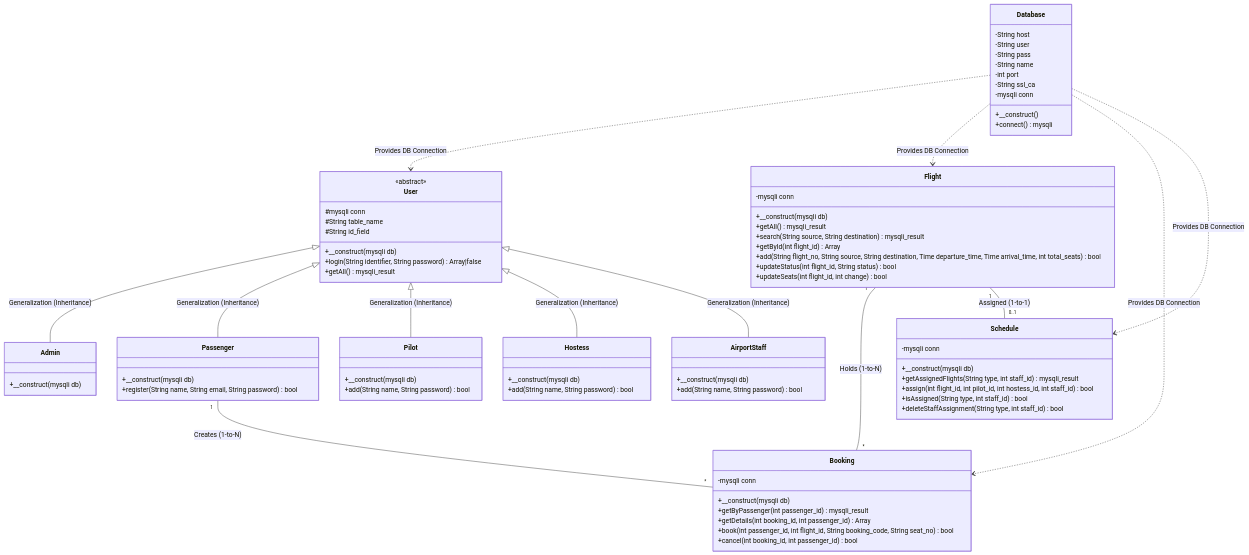
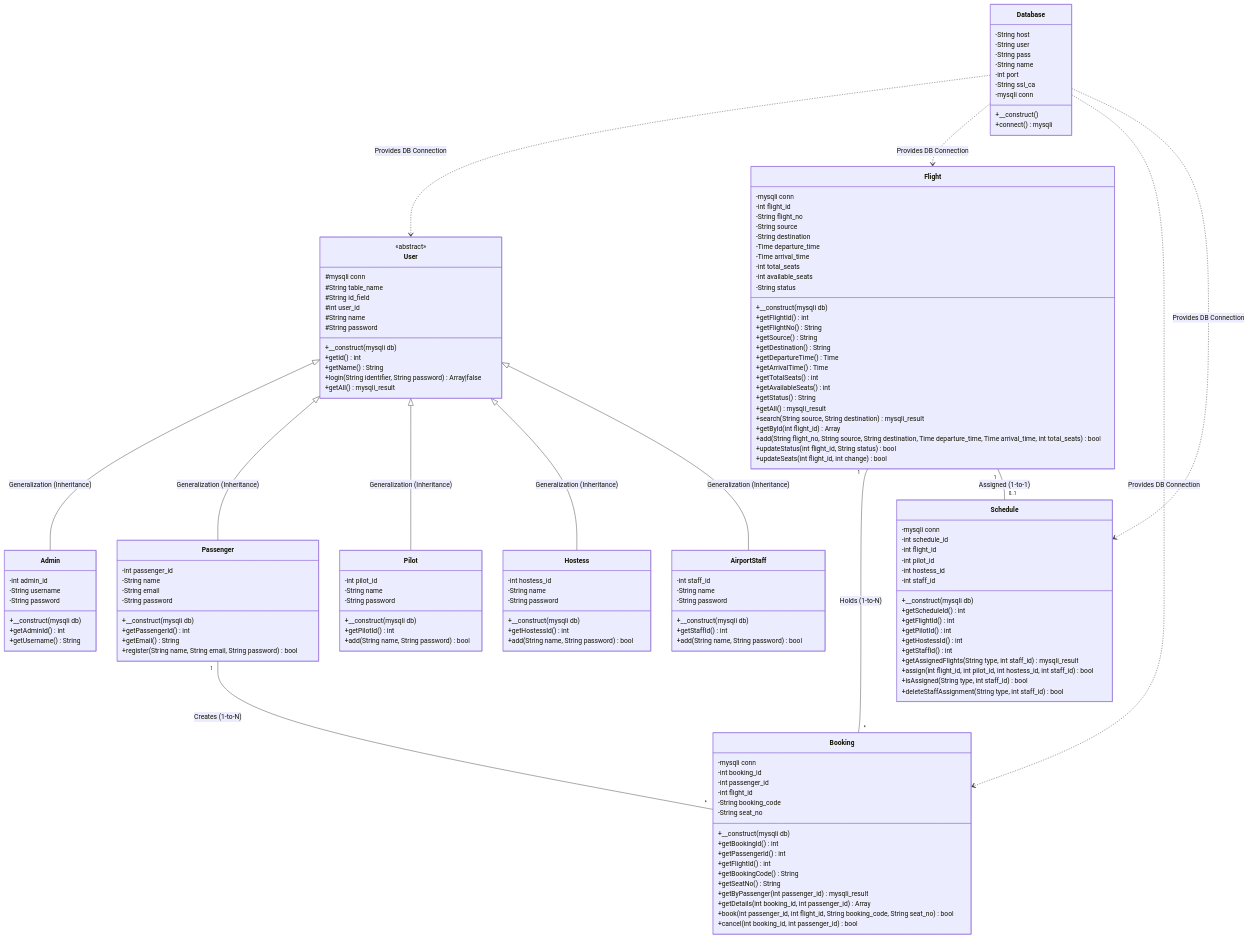
The second of 3 diagrams in README.md (savanthsan/Airline), drawn with Mermaid before and after one commit. The commit also changed other lines of this file and 9 other files, not shown here.

Commit message:
Add explicit entity data fields (pilot_id, admin_id, hostess_id, passenger_id, staff_id, flight_id, booking_id, schedule_id) to all PHP classes and update Class Diagram in README.md

```diff
--- a/README.md
+++ b/README.md
@@ -123,38 +123,84 @@
         #mysqli conn
         #String table_name
         #String id_field
+        #int user_id
+        #String name
+        #String password
         +__construct(mysqli db)
+        +getId() int
+        +getName() String
         +login(String identifier, String password) Array|false
         +getAll() mysqli_result
     }
 
     class Admin {
+        -int admin_id
+        -String username
+        -String password
         +__construct(mysqli db)
+        +getAdminId() int
+        +getUsername() String
     }
 
     class Passenger {
+        -int passenger_id
+        -String name
+        -String email
+        -String password
         +__construct(mysqli db)
+        +getPassengerId() int
+        +getEmail() String
         +register(String name, String email, String password) bool
     }
 
     class Pilot {
+        -int pilot_id
+        -String name
+        -String password
         +__construct(mysqli db)
+        +getPilotId() int
         +add(String name, String password) bool
     }
 
     class Hostess {
+        -int hostess_id
+        -String name
+        -String password
         +__construct(mysqli db)
+        +getHostessId() int
         +add(String name, String password) bool
     }
 
     class AirportStaff {
+        -int staff_id
+        -String name
+        -String password
         +__construct(mysqli db)
+        +getStaffId() int
         +add(String name, String password) bool
     }
 
     class Flight {
         -mysqli conn
+        -int flight_id
+        -String flight_no
+        -String source
+        -String destination
+        -Time departure_time
+        -Time arrival_time
+        -int total_seats
+        -int available_seats
+        -String status
         +__construct(mysqli db)
+        +getFlightId() int
+        +getFlightNo() String
+        +getSource() String
+        +getDestination() String
+        +getDepartureTime() Time
+        +getArrivalTime() Time
+        +getTotalSeats() int
+        +getAvailableSeats() int
+        +getStatus() String
         +getAll() mysqli_result
         +search(String source, String destination) mysqli_result
         +getById(int flight_id) Array
@@ -165,7 +211,17 @@
 
     class Booking {
         -mysqli conn
+        -int booking_id
+        -int passenger_id
+        -int flight_id
+        -String booking_code
+        -String seat_no
         +__construct(mysqli db)
+        +getBookingId() int
+        +getPassengerId() int
+        +getFlightId() int
+        +getBookingCode() String
+        +getSeatNo() String
         +getByPassenger(int passenger_id) mysqli_result
         +getDetails(int booking_id, int passenger_id) Array
         +book(int passenger_id, int flight_id, String booking_code, String seat_no) bool
@@ -174,7 +230,17 @@
 
     class Schedule {
         -mysqli conn
+        -int schedule_id
+        -int flight_id
+        -int pilot_id
+        -int hostess_id
+        -int staff_id
         +__construct(mysqli db)
+        +getScheduleId() int
+        +getFlightId() int
+        +getPilotId() int
+        +getHostessId() int
+        +getStaffId() int
         +getAssignedFlights(String type, int staff_id) mysqli_result
         +assign(int flight_id, int pilot_id, int hostess_id, int staff_id) bool
         +isAssigned(String type, int staff_id) bool
```
